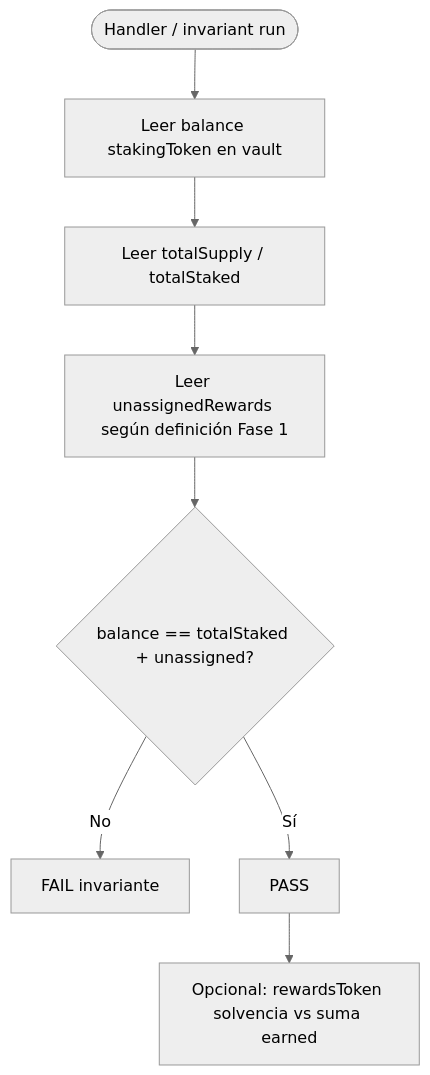
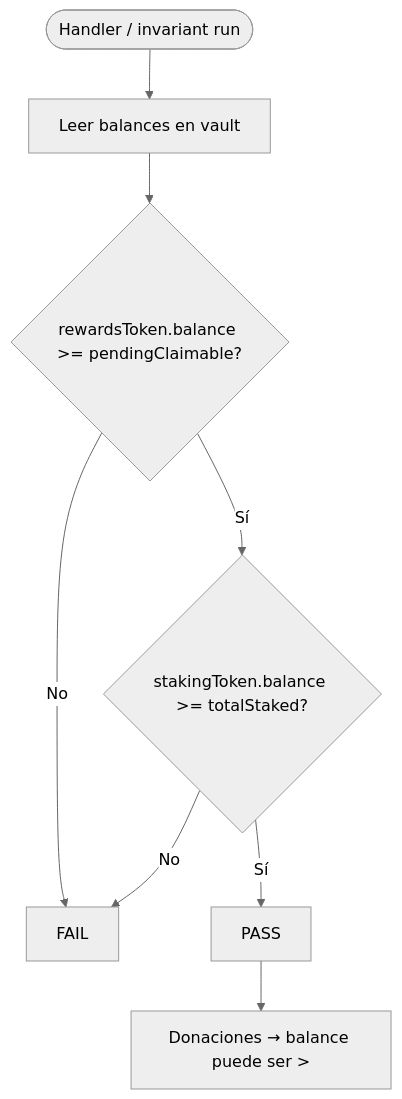
One commit to rastrahm/staking changed the ninth of 10 diagrams in doc/03-flujograma.md. Above: the diagram before and after it, drawn with Mermaid (neutral theme). The commit also changed other lines of this file and 9 other files, not shown here.

````diff
--- a/doc/03-flujograma.md
+++ b/doc/03-flujograma.md
@@ -149,10 +178,10 @@
 ```mermaid
 flowchart TD
-    A([Handler / invariant run]) --> B[Leer balance stakingToken en vault]
-    B --> C[Leer totalSupply / totalStaked]
-    C --> D[Leer unassignedRewards según definición Fase 1]
-    D --> E{"balance == totalStaked + unassigned?"}
-    E -->|No| F[FAIL invariante]
-    E -->|Sí| G[PASS]
-    G --> H[Opcional: rewardsToken solvencia vs suma earned]
+    A([Handler / invariant run]) --> B[Leer balances en vault]
+    B --> C{"rewardsToken.balance >= pendingClaimable?"}
+    C -->|No| F[FAIL]
+    C -->|Sí| D{"stakingToken.balance >= totalStaked?"}
+    D -->|No| F
+    D -->|Sí| G[PASS]
+    G --> H[Donaciones → balance puede ser >]
 ```
````
